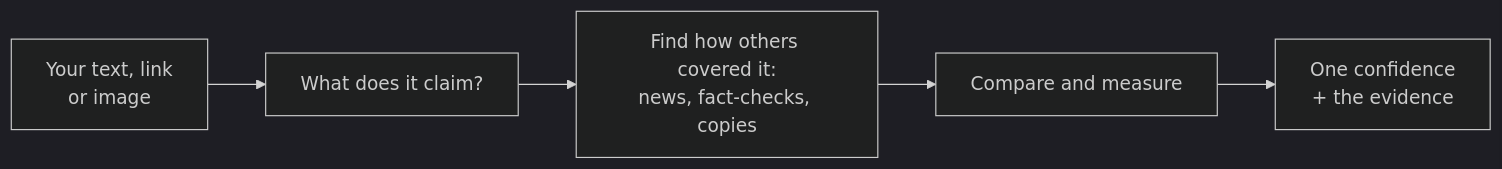
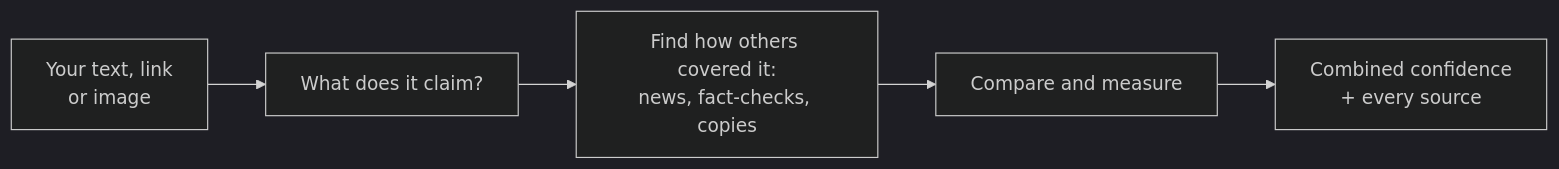
Before and after one commit to Degra02/junction-2026: the diagram in README.md, drawn with Mermaid (dark theme). The commit also changed other lines of this file and 6 other files, not shown here.

````diff
--- a/README.md
+++ b/README.md
@@ -35,7 +38,7 @@
 ```mermaid
 flowchart LR
   A["Your text, link<br/>or image"] --> B["What does it claim?"]
   B --> C["Find how others covered it:<br/>news, fact-checks, copies"]
   C --> D["Compare and measure"]
-  D --> E["One confidence<br/>+ the evidence"]
+  D --> E["Combined confidence<br/>+ every source"]
 ```
````
